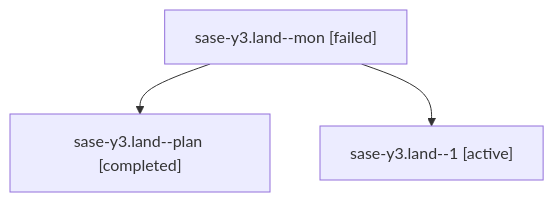
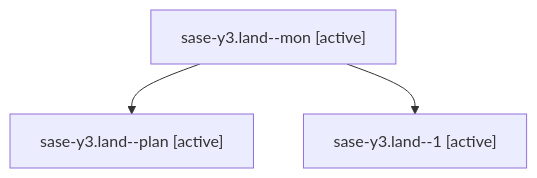
One commit to sase-org/sase--agents changed the diagram in families/bbugyi200.athena.sase-y3.land.md. Above: the diagram before and after it, drawn with Mermaid. The commit also changed other lines of this file and 35830 other files, not shown here.

````diff
--- a/families/bbugyi200.athena.sase-y3.land.md
+++ b/families/bbugyi200.athena.sase-y3.land.md
@@ -9,8 +9,8 @@
 ```mermaid
 flowchart TD
-  n0["sase-y3.land--mon [failed]"]
-  n1["sase-y3.land--plan [completed]"]
+  n0["sase-y3.land--mon [active]"]
+  n1["sase-y3.land--plan [active]"]
   n0 --> n1
   n2["sase-y3.land--1 [active]"]
   n0 --> n2
 ```
````
